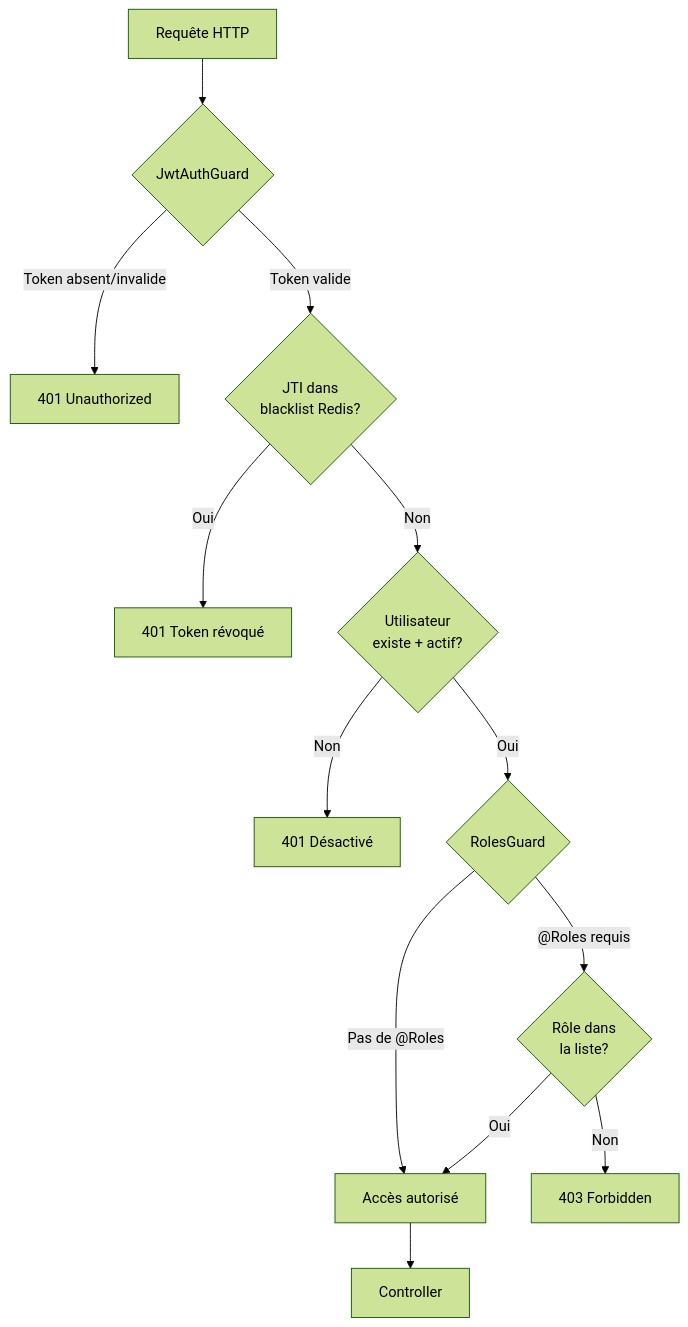
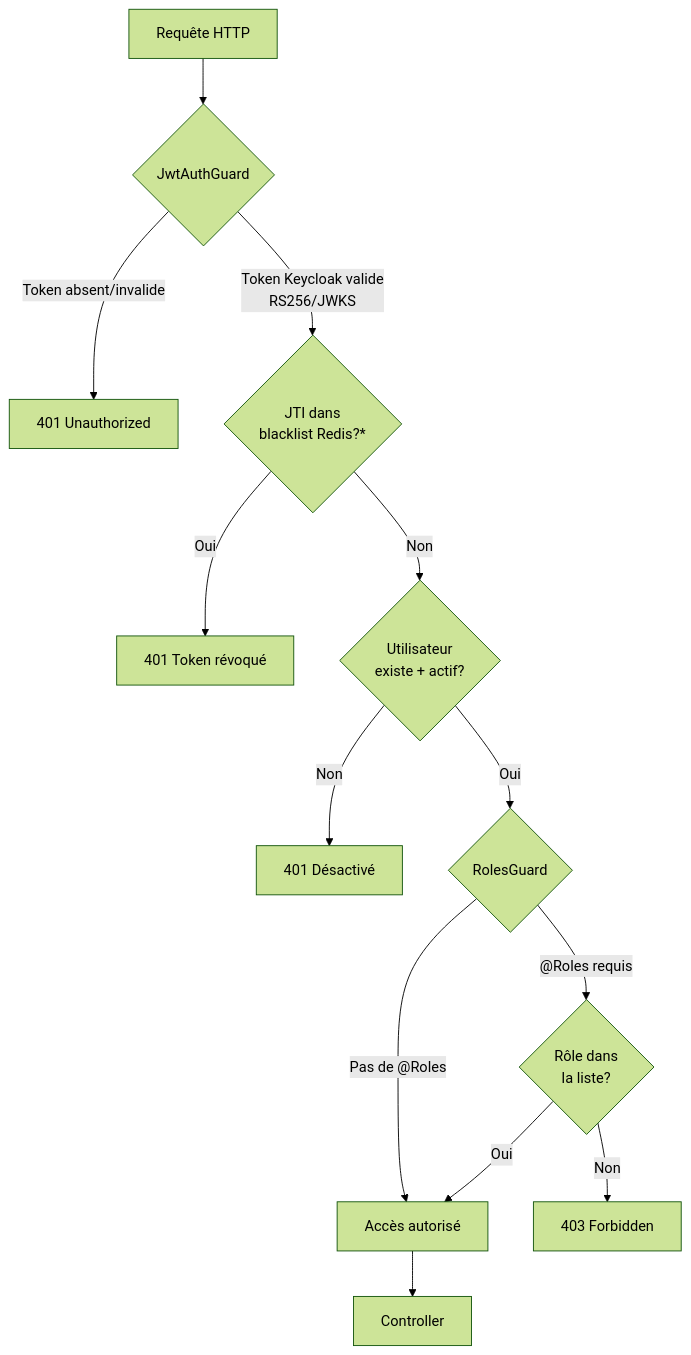
Before and after one commit to enockmigjr/Test-Backend-Telecom: the eighth of 10 diagrams in docs/architecture-flows.md, drawn with Mermaid (forest theme). The commit also changed other lines of this file and 16 other files, not shown here.

````diff
--- a/docs/architecture-flows.md
+++ b/docs/architecture-flows.md
@@ -287,17 +285,17 @@
 ```mermaid
 flowchart TD
     Request[Requête HTTP] --> JWTGuard{JwtAuthGuard}
     JWTGuard -->|Token absent/invalide| Reject1[401 Unauthorized]
-    JWTGuard -->|Token valide| RedisCheck{JTI dans<br/>blacklist Redis?}
+    JWTGuard -->|Token Keycloak valide<br/>RS256/JWKS| RedisCheck{JTI dans<br/>blacklist Redis?*}
     RedisCheck -->|Oui| Reject2[401 Token révoqué]
     RedisCheck -->|Non| UserCheck{Utilisateur<br/>existe + actif?}
     UserCheck -->|Non| Reject3[401 Désactivé]
     UserCheck -->|Oui| RolesGuard{RolesGuard}
 
     RolesGuard -->|"Pas de @Roles"| Pass[Accès autorisé]
     RolesGuard -->|"@Roles requis"| RoleCheck{Rôle dans<br/>la liste?}
     RoleCheck -->|Oui| Pass
     RoleCheck -->|Non| Reject4[403 Forbidden]
 
     Pass --> Controller[Controller]
 ```
````
